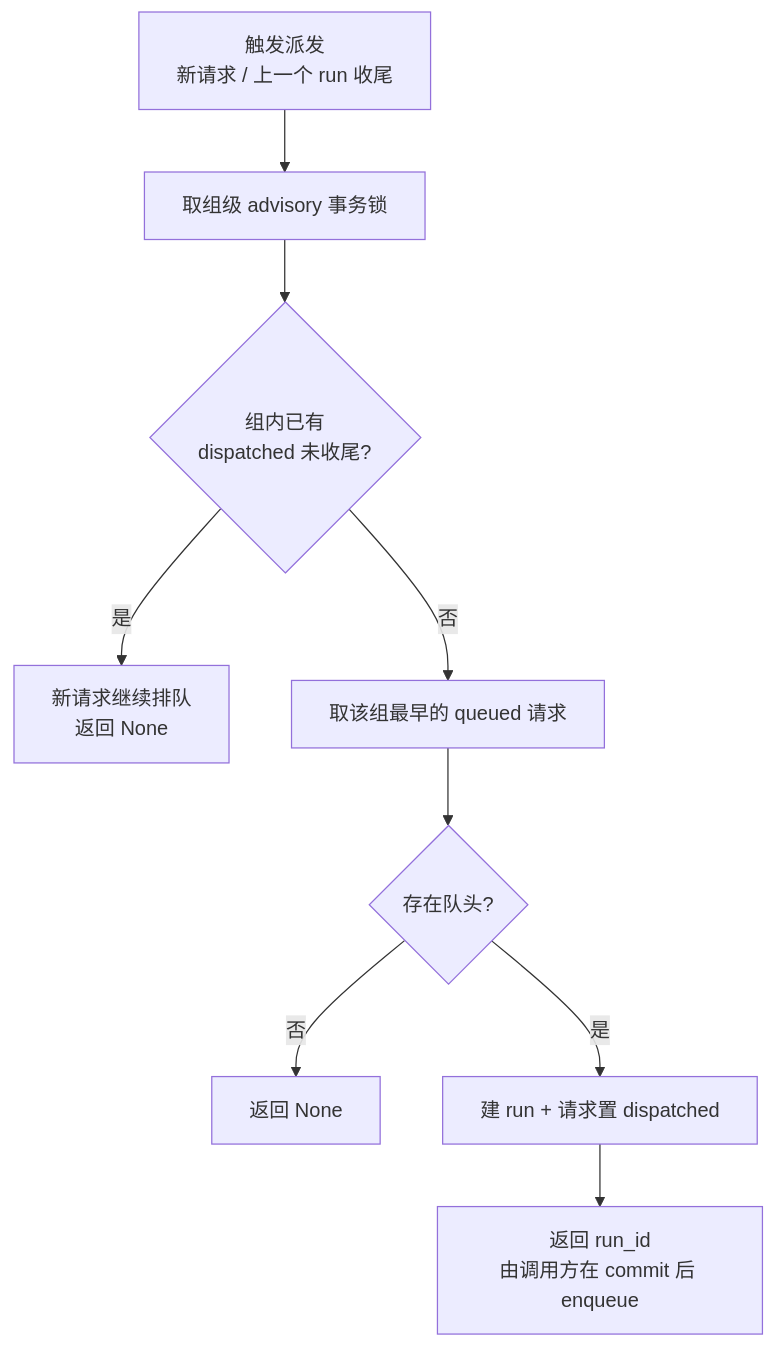
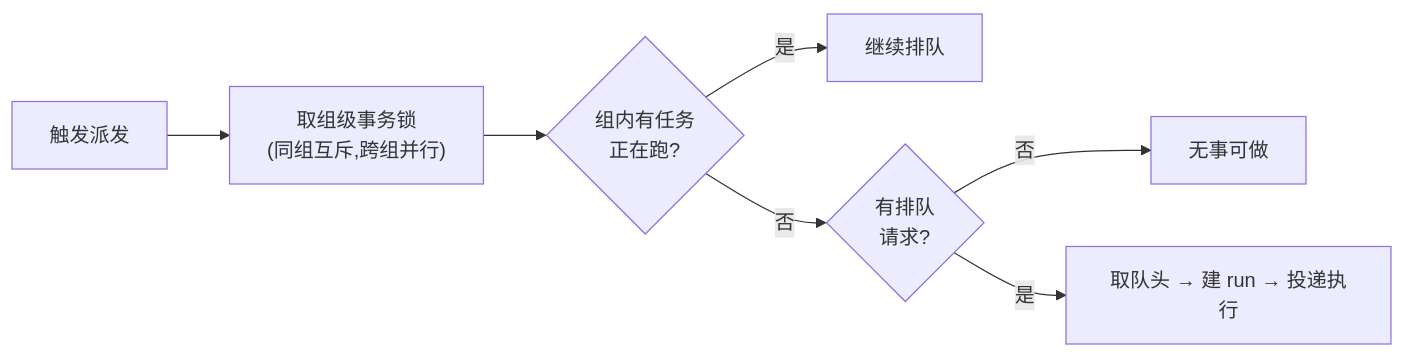
One commit to angshihan777-droid/Ragent changed the second of 4 diagrams in README.md. Above: the diagram before and after it, drawn with Mermaid. The commit also changed other lines of this file, not shown here.

Commit message:
docs: 精简 README,面向外部读者,仅保留亮点部分的横向流程图

````diff
--- a/README.md
+++ b/README.md
@@ -110,11 +58,9 @@
 ```mermaid
-flowchart TD
-    A[触发派发<br/>新请求 / 上一个 run 收尾] --> L[取组级 advisory 事务锁]
-    L --> C{组内已有<br/>dispatched 未收尾?}
-    C -- 是 --> Q[新请求继续排队<br/>返回 None]
-    C -- 否 --> H[取该组最早的 queued 请求]
-    H --> H2{存在队头?}
-    H2 -- 否 --> Q2[返回 None]
-    H2 -- 是 --> M[建 run + 请求置 dispatched]
-    M --> R[返回 run_id<br/>由调用方在 commit 后 enqueue]
+flowchart LR
+    A["触发派发"] --> L["取组级事务锁<br/>(同组互斥,跨组并行)"]
+    L --> C{"组内有任务<br/>正在跑?"}
+    C -- "是" --> Q["继续排队"]
+    C -- "否" --> H{"有排队<br/>请求?"}
+    H -- "否" --> Q2["无事可做"]
+    H -- "是" --> M["取队头 → 建 run → 投递执行"]
 ```
````
